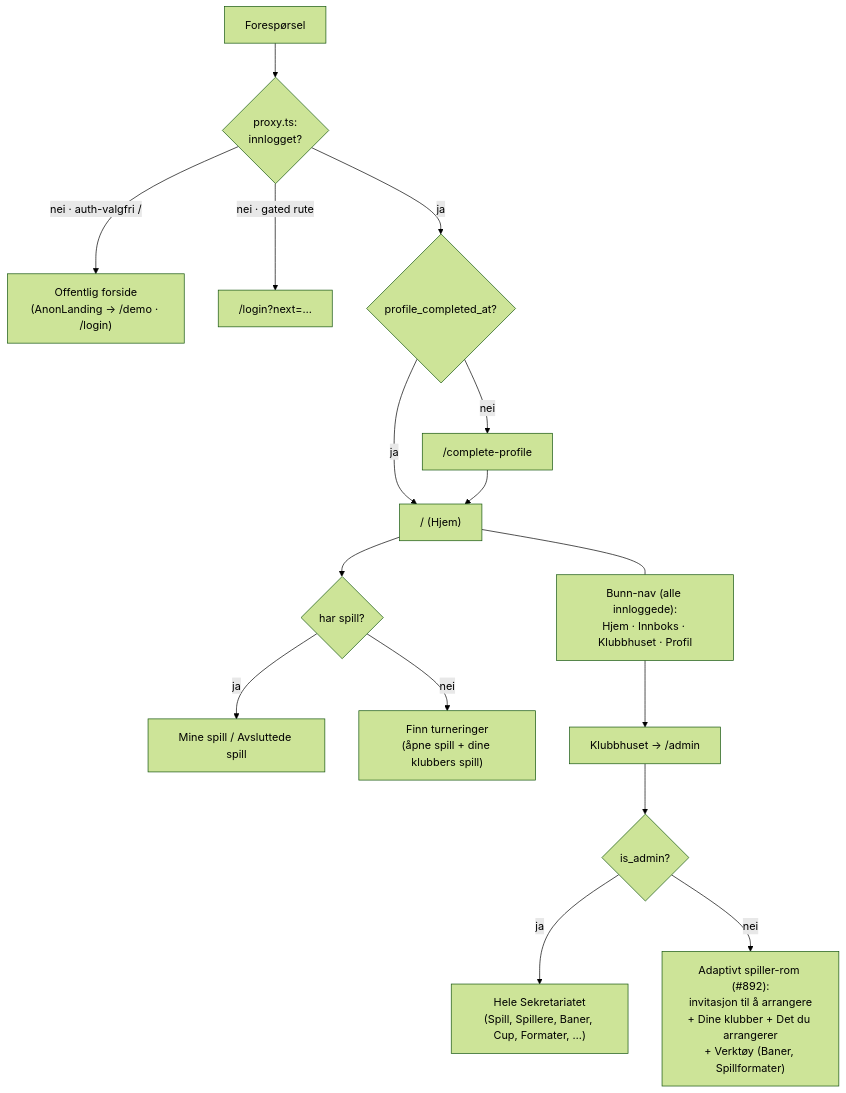
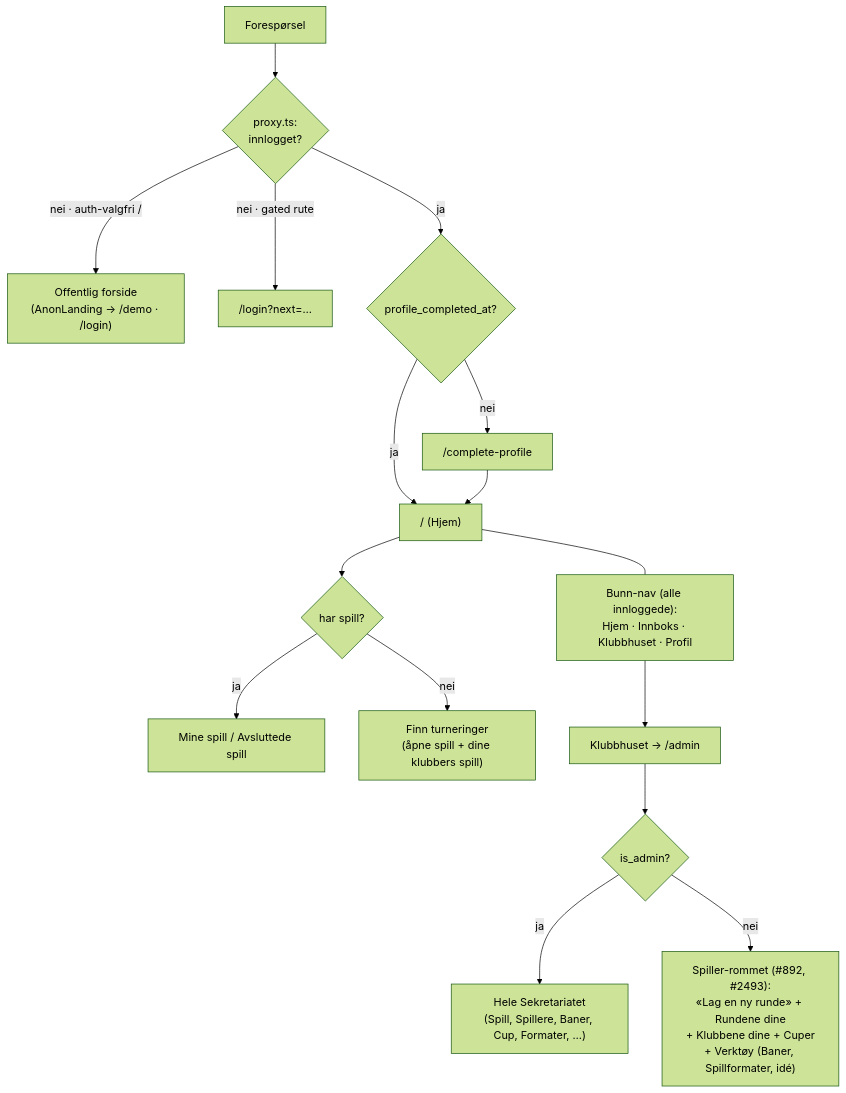
The first of 6 diagrams in docs/user-flows.md (jdlarssen/golf-app), drawn with Mermaid (forest theme) before and after one commit. The commit also changed other lines of this file and 2 other files, not shown here.

First line of the commit message:
docs(flows): two doors into the wizard, and the redrawn room

````diff
--- a/docs/user-flows.md
+++ b/docs/user-flows.md
@@ -26,19 +26,19 @@
 ```mermaid
 flowchart TD
   Req[Forespørsel] --> P{proxy.ts:<br/>innlogget?}
   P -- "nei · auth-valgfri /" --> Anon["Offentlig forside<br/>(AnonLanding → /demo · /login)"]
   P -- "nei · gated rute" --> L["/login?next=…"]
   P -- ja --> Prof{profile_completed_at?}
   Prof -- nei --> CP["/complete-profile"]
   Prof -- ja --> Home["/ (Hjem)"]
   CP --> Home
   Home --> PH{har spill?}
   PH -- ja --> List["Mine spill / Avsluttede spill"]
   PH -- nei --> Disc["Finn turneringer<br/>(åpne spill + dine klubbers spill)"]
   Nav["Bunn-nav (alle innloggede):<br/>Hjem · Innboks · Klubbhuset · Profil"]
   Home --- Nav
   Nav --> Klub["Klubbhuset → /admin"]
   Klub --> KP{is_admin?}
   KP -- ja --> Sek["Hele Sekretariatet<br/>(Spill, Spillere, Baner, Cup, Formater, …)"]
-  KP -- nei --> PlayerKlub["Adaptivt spiller-rom (#892):<br/>invitasjon til å arrangere<br/>+ Dine klubber + Det du arrangerer<br/>+ Verktøy (Baner, Spillformater)"]
+  KP -- nei --> PlayerKlub["Spiller-rommet (#892, #2493):<br/>«Lag en ny runde» + Rundene dine<br/>+ Klubbene dine + Cuper<br/>+ Verktøy (Baner, Spillformater, idé)"]
 ```
````
